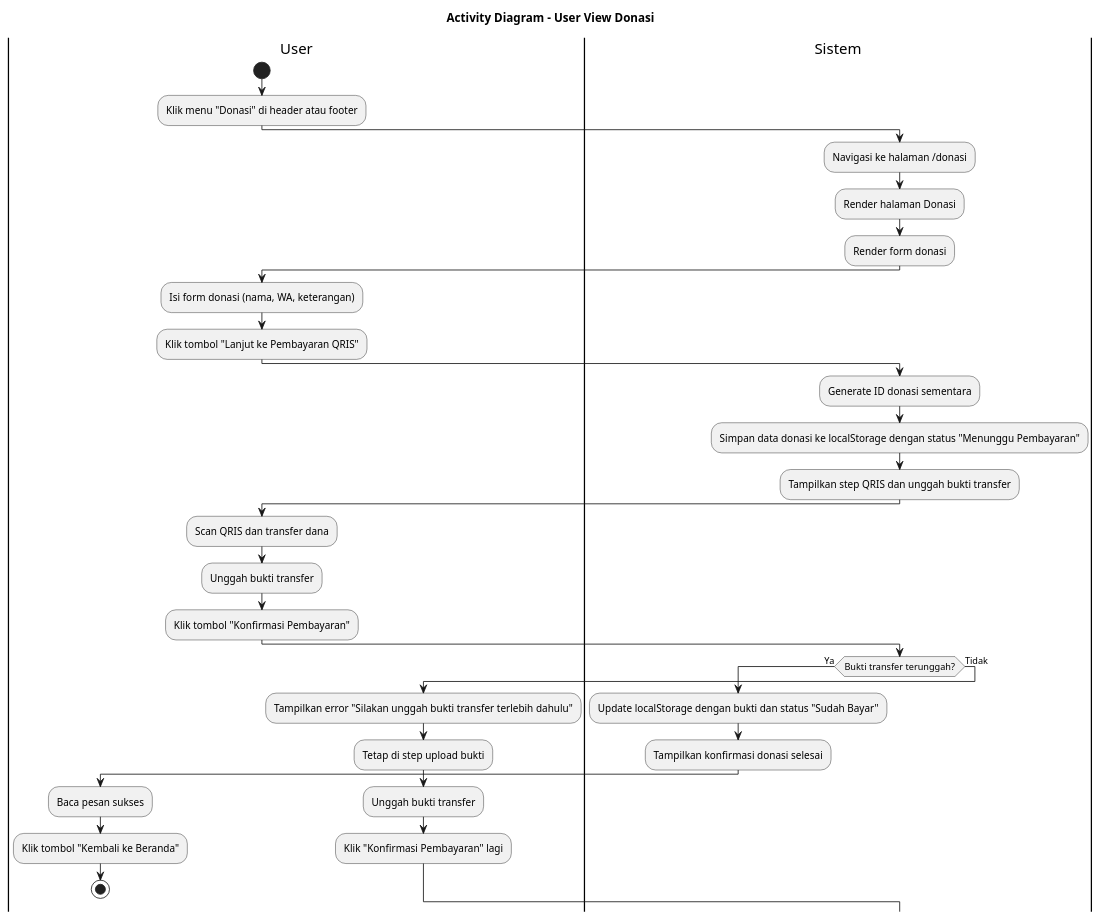
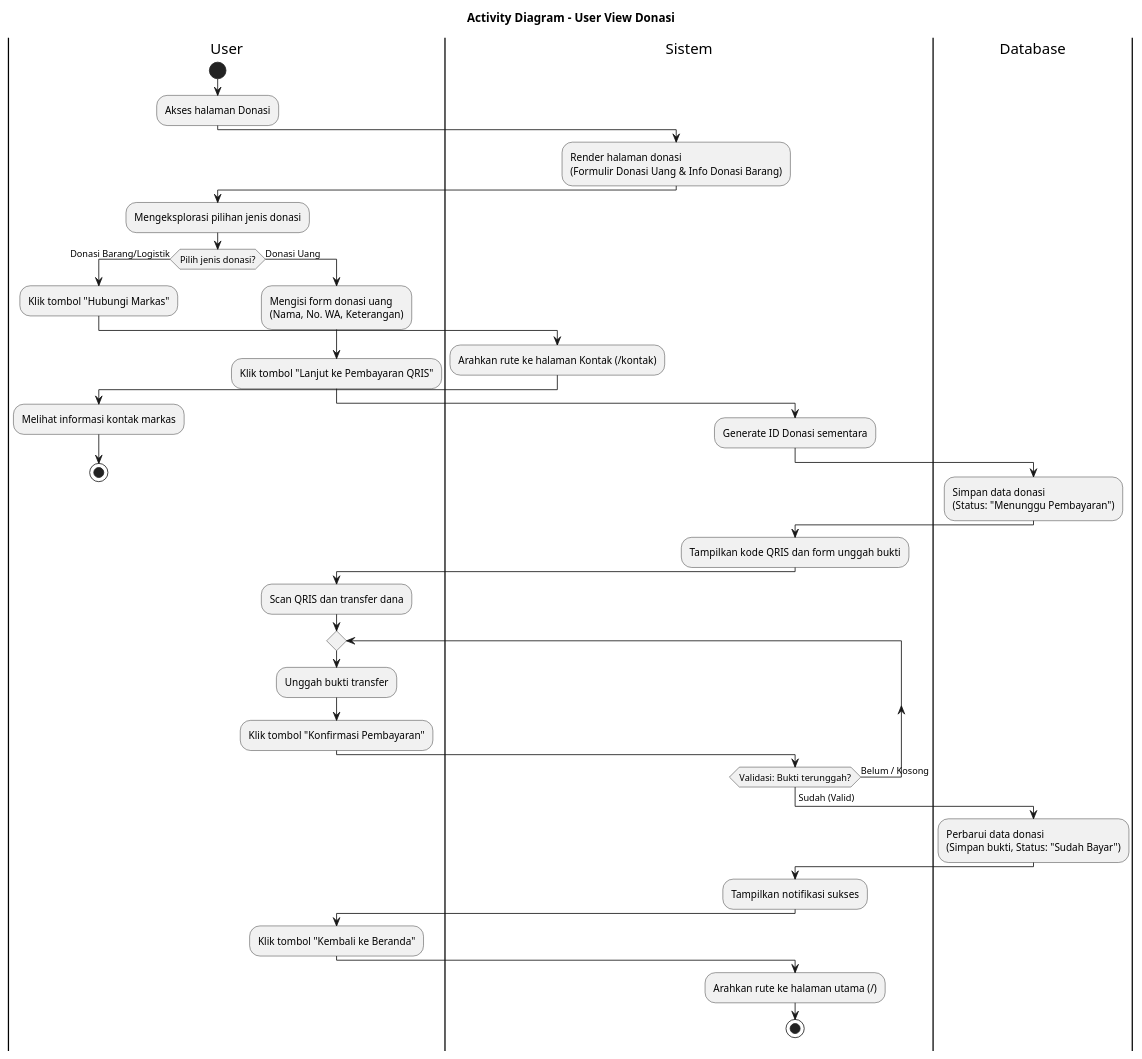
The diagram in diagram/activitydiagram_user_view_donasi.puml (jaddu17/capstonepmikp), drawn with PlantUML before and after one commit. The commit also changed 11 other files, not shown here.

Commit message:
perubahan activity diagram user(beranda, stok darah, info donor, jadwal donor, berita, donasi, kontak

```diff
--- a/diagram/activitydiagram_user_view_donasi.puml
+++ b/diagram/activitydiagram_user_view_donasi.puml
@@ -1,45 +1,63 @@
-@startuml ACTIVITY_DIAGRAM_USER_VIEW_DONASI
+@startuml ACTIVITY_DIAGRAM_USER_VIEW_DONASI_FINAL
 title Activity Diagram - User View Donasi
 
 |User|
 start
-:Klik menu "Donasi" di header atau footer;
+:Akses halaman Donasi;
 
 |Sistem|
-:Navigasi ke halaman /donasi;
-:Render halaman Donasi;
-:Render form donasi;
+:Render halaman donasi\n(Formulir Donasi Uang & Info Donasi Barang);
 
 |User|
-:Isi form donasi (nama, WA, keterangan);
-:Klik tombol "Lanjut ke Pembayaran QRIS";
+:Mengeksplorasi pilihan jenis donasi;
 
-|Sistem|
-:Generate ID donasi sementara;
-:Simpan data donasi ke localStorage dengan status "Menunggu Pembayaran";
-:Tampilkan step QRIS dan unggah bukti transfer;
+if (Pilih jenis donasi?) then (Donasi Barang/Logistik)
+  :Klik tombol "Hubungi Markas";
+  
+  |Sistem|
+  :Arahkan rute ke halaman Kontak (/kontak);
+  
+  |User|
+  :Melihat informasi kontak markas;
+  stop
 
-|User|
-:Scan QRIS dan transfer dana;
-:Unggah bukti transfer;
-:Klik tombol "Konfirmasi Pembayaran";
+else (Donasi Uang)
+  |User|
+  :Mengisi form donasi uang\n(Nama, No. WA, Keterangan);
+  :Klik tombol "Lanjut ke Pembayaran QRIS";
+  
+  |Sistem|
+  :Generate ID Donasi sementara;
+  
+  |Database|
+  :Simpan data donasi\n(Status: "Menunggu Pembayaran");
+  
+  |Sistem|
+  :Tampilkan kode QRIS dan form unggah bukti;
+  
+  |User|
+  :Scan QRIS dan transfer dana;
+  
+  repeat
+    |User|
+    :Unggah bukti transfer;
+    :Klik tombol "Konfirmasi Pembayaran";
+    |Sistem|
+  repeat while (Validasi: Bukti terunggah?) is (Belum / Kosong)
+  ->Sudah (Valid);
 
-|Sistem|
-if (Bukti transfer terunggah?) then (Ya)
-  :Update localStorage dengan bukti dan status "Sudah Bayar";
-  :Tampilkan konfirmasi donasi selesai;
-
+  |Database|
+  :Perbarui data donasi\n(Simpan bukti, Status: "Sudah Bayar");
+  
+  |Sistem|
+  :Tampilkan notifikasi sukses;
+  
   |User|
-  :Baca pesan sukses;
   :Klik tombol "Kembali ke Beranda";
+  
+  |Sistem|
+  :Arahkan rute ke halaman utama (/);
   stop
-else (Tidak)
-  :Tampilkan error "Silakan unggah bukti transfer terlebih dahulu";
-  :Tetap di step upload bukti;
-
-  |User|
-  :Unggah bukti transfer;
-  :Klik "Konfirmasi Pembayaran" lagi;
 endif
 
 @enduml
```
